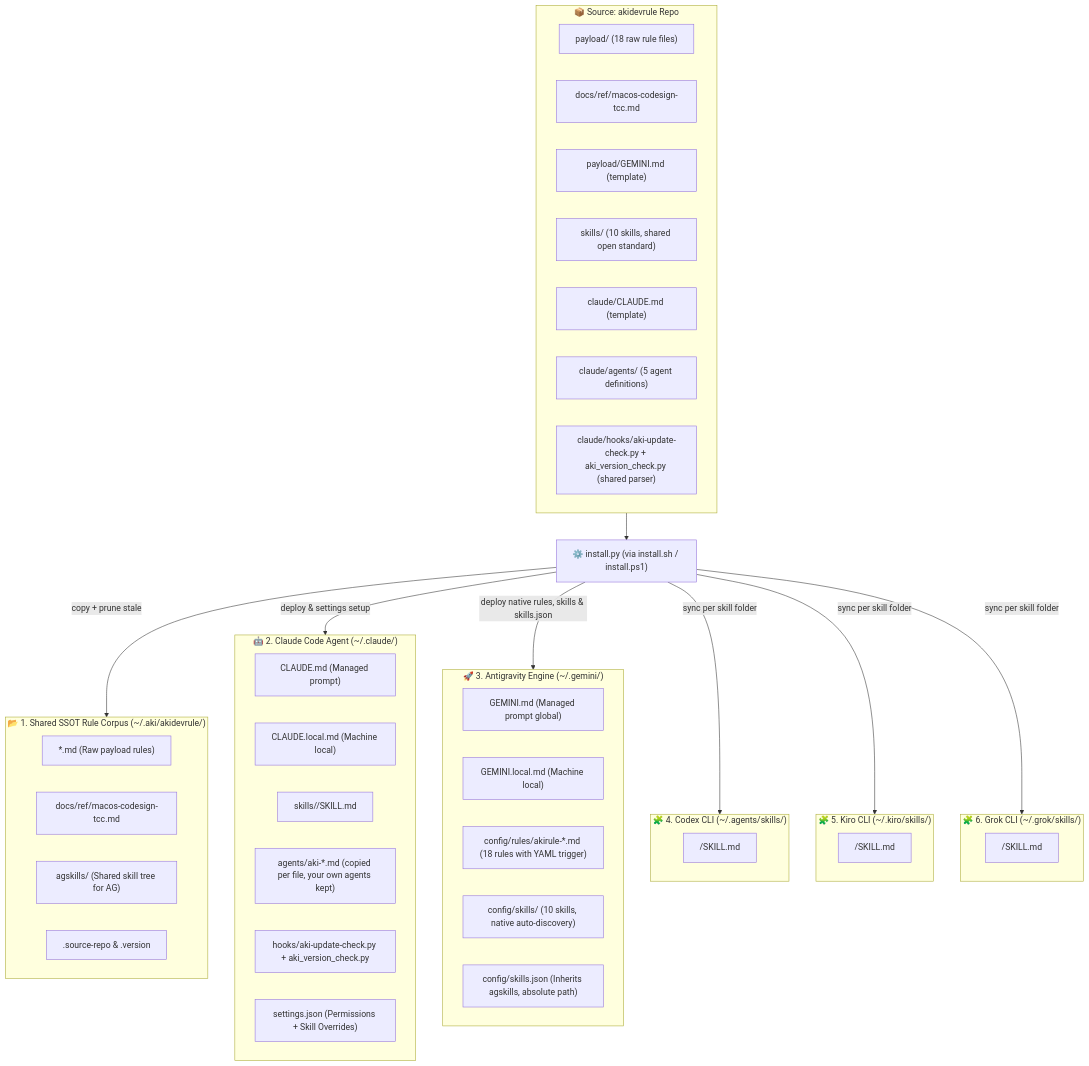
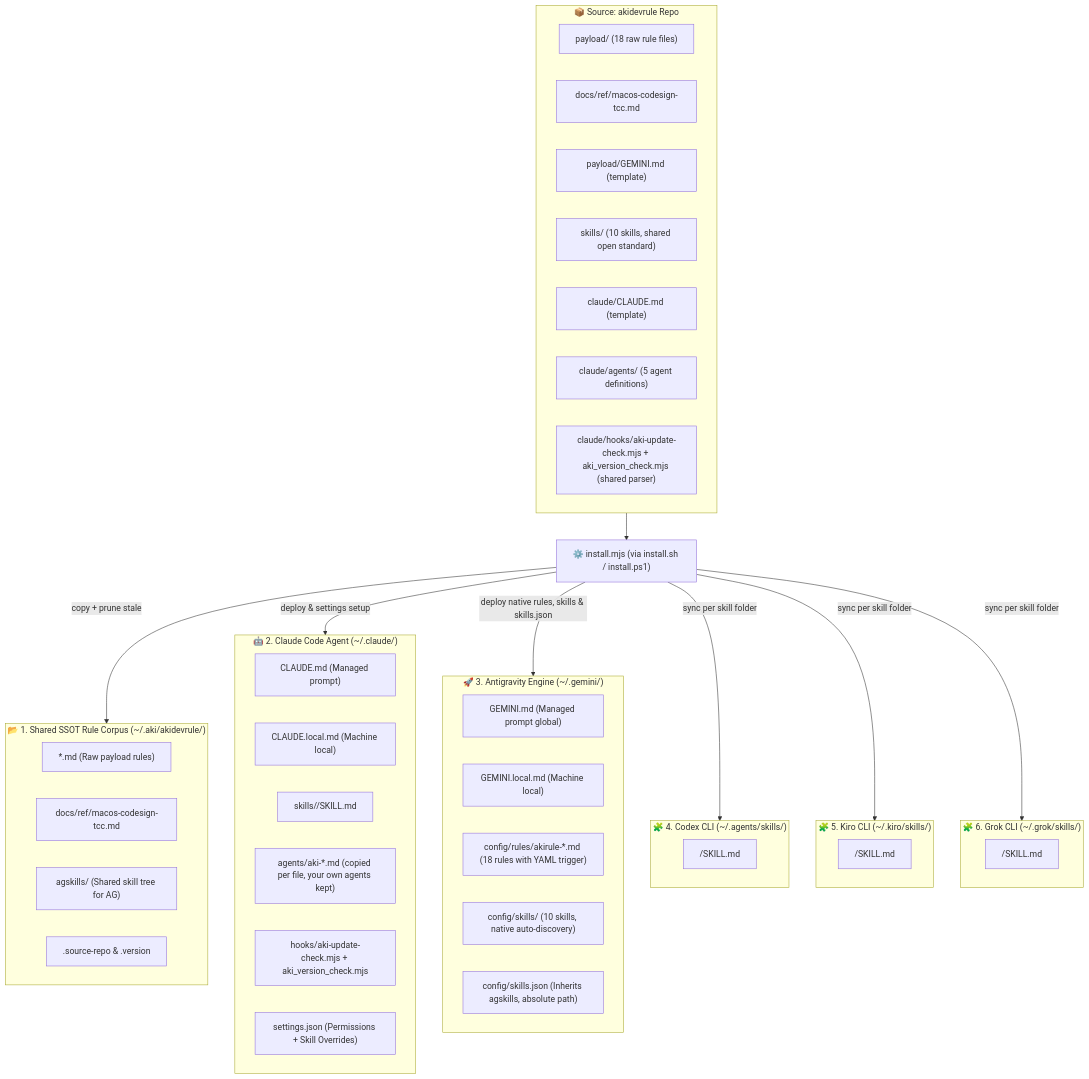
The diagram in README.md (lacvietanh/akidevrule), drawn with Mermaid before and after one commit. The commit also changed other lines of this file and 17 other files, not shown here.

````diff
--- a/README.md
+++ b/README.md
@@ -235,60 +246,60 @@
 ```mermaid
 flowchart TD
     subgraph SRC["📦 Source: akidevrule Repo"]
         PAYLOAD["payload/ (18 raw rule files)"]
         TCCREF["docs/ref/macos-codesign-tcc.md"]
         PGEMINI["payload/GEMINI.md (template)"]
         CSKILLS["skills/ (10 skills, shared open standard)"]
         CCLAUDE["claude/CLAUDE.md (template)"]
         CAGENTS["claude/agents/ (5 agent definitions)"]
-        CHOOKS["claude/hooks/aki-update-check.py + aki_version_check.py (shared parser)"]
+        CHOOKS["claude/hooks/aki-update-check.mjs + aki_version_check.mjs (shared parser)"]
     end
 
-    INSTALL["⚙️ install.py (via install.sh / install.ps1)"]
+    INSTALL["⚙️ install.mjs (via install.sh / install.ps1)"]
     SRC --> INSTALL
 
     %% TARGET 1: ~/.aki/akidevrule/
     subgraph T1["📂 1. Shared SSOT Rule Corpus (~/.aki/akidevrule/)"]
         R_CORPUS["*.md (Raw payload rules)"]
         R_TCC["docs/ref/macos-codesign-tcc.md"]
         R_AGSKILLS["agskills/ (Shared skill tree for AG)"]
         R_META[".source-repo & .version"]
     end
 
     %% TARGET 2: ~/.claude/
     subgraph T2["🤖 2. Claude Code Agent (~/.claude/)"]
         C_MD["CLAUDE.md (Managed prompt)"]
         C_LOCAL["CLAUDE.local.md (Machine local)"]
         C_SKILLS["skills/<skill_name>/SKILL.md"]
         C_AGENTS["agents/aki-*.md (copied per file, your own agents kept)"]
-        C_HOOKS["hooks/aki-update-check.py + aki_version_check.py"]
+        C_HOOKS["hooks/aki-update-check.mjs + aki_version_check.mjs"]
         C_SET["settings.json (Permissions + Skill Overrides)"]
     end
 
     %% TARGET 3: ~/.gemini/
     subgraph T3["🚀 3. Antigravity Engine (~/.gemini/)"]
         G_MD["GEMINI.md (Managed prompt global)"]
         G_LOCAL["GEMINI.local.md (Machine local)"]
         G_RULES["config/rules/akirule-*.md (18 rules with YAML trigger)"]
         G_SKILLS["config/skills/ (10 skills, native auto-discovery)"]
         G_SJSON["config/skills.json (Inherits agskills, absolute path)"]
     end
 
     %% TARGETS 4-6: other CLIs that natively consume the SKILL.md standard
     subgraph T4["🧩 4. Codex CLI (~/.agents/skills/)"]
         X_SKILLS["<skill_name>/SKILL.md"]
     end
     subgraph T5["🧩 5. Kiro CLI (~/.kiro/skills/)"]
         K_SKILLS["<skill_name>/SKILL.md"]
     end
     subgraph T6["🧩 6. Grok CLI (~/.grok/skills/)"]
         R_SKILLS["<skill_name>/SKILL.md"]
     end
 
     INSTALL -->|"copy + prune stale"| T1
     INSTALL -->|"deploy & settings setup"| T2
     INSTALL -->|"deploy native rules, skills & skills.json"| T3
     INSTALL -->|"sync per skill folder"| T4
     INSTALL -->|"sync per skill folder"| T5
     INSTALL -->|"sync per skill folder"| T6
 ```
````
